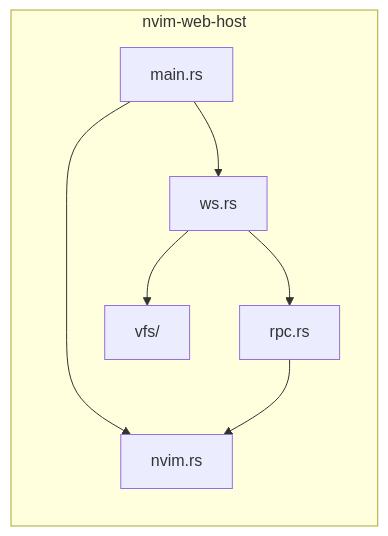
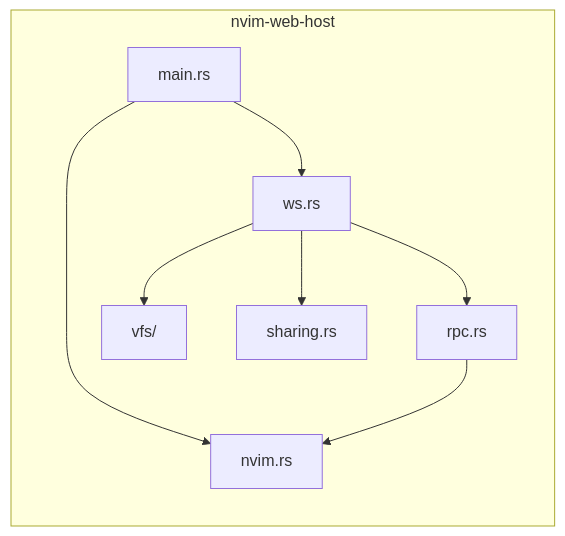
Before and after one commit to kj114022/nvim-web: the second of 10 diagrams in docs/architecture.md, drawn with Mermaid. The commit also changed other lines of this file and 69 other files, not shown here.

````diff
--- a/docs/architecture.md
+++ b/docs/architecture.md
@@ -40,16 +40,18 @@
 ```mermaid
 graph LR
     subgraph "nvim-web-host"
         main["main.rs"]
         ws["ws.rs"]
         rpc["rpc.rs"]
         nvim["nvim.rs"]
         vfs["vfs/"]
+        sharing["sharing.rs"]
         
         main --> nvim
         main --> ws
         ws --> rpc
         ws --> vfs
+        ws --> sharing
         rpc --> nvim
     end
 ```
````
